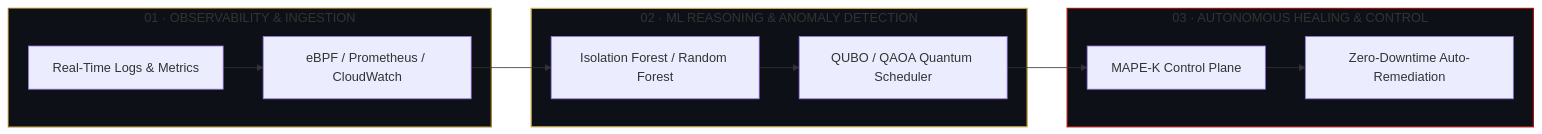
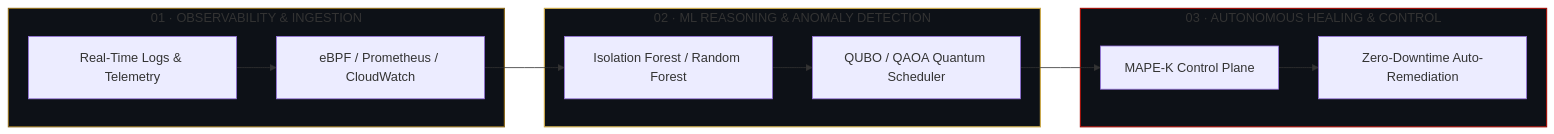
One commit to Nitanshu715/Nitanshu715 changed the diagram in README.md. Above: the diagram before and after it, drawn with Mermaid. The commit also changed other lines of this file, not shown here.

````diff
--- a/README.md
+++ b/README.md
@@ -45,18 +52,18 @@
 ```mermaid
 graph LR
     subgraph INGESTION["01 · OBSERVABILITY & INGESTION"]
-        A["Real-Time Logs & Metrics"] --> B["eBPF / Prometheus / CloudWatch"]
+        A["Real-Time Logs & Telemetry"] --> B["eBPF / Prometheus / CloudWatch"]
     end
     subgraph INTELLIGENCE["02 · ML REASONING & ANOMALY DETECTION"]
         B --> C["Isolation Forest / Random Forest"]
         C --> D["QUBO / QAOA Quantum Scheduler"]
     end
     subgraph AUTONOMY["03 · AUTONOMOUS HEALING & CONTROL"]
         D --> E["MAPE-K Control Plane"]
         E --> F["Zero-Downtime Auto-Remediation"]
     end
 
     style INGESTION fill:#0d1117,stroke:#8a6a1f,stroke-width:1.5px
     style INTELLIGENCE fill:#0d1117,stroke:#c9a84c,stroke-width:1.5px
     style AUTONOMY fill:#0d1117,stroke:#9e120b,stroke-width:1.5px
 ```
````
